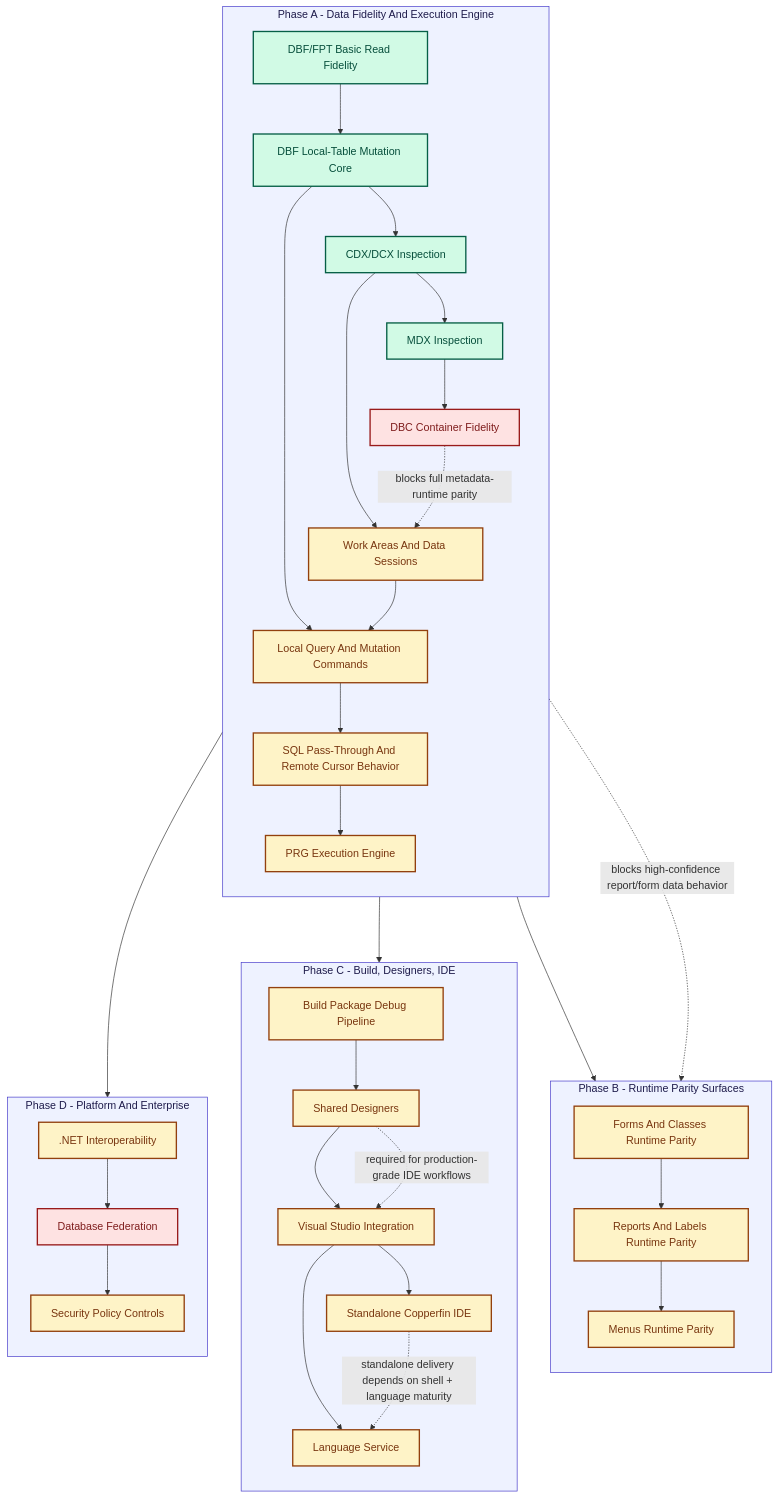
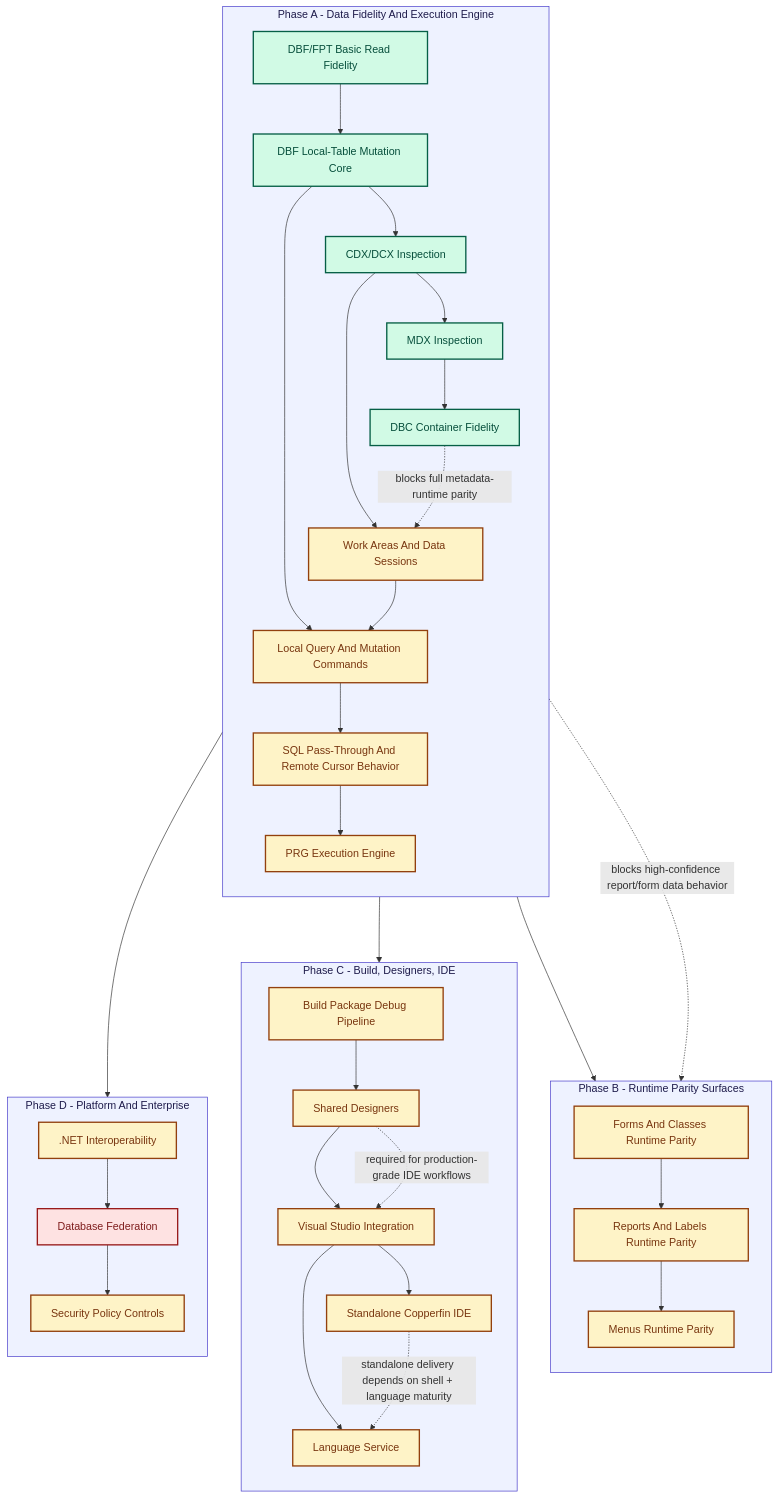
One commit to rhamenator/Project-Copperfin changed the diagram in remaining-work.md. Above: the diagram before and after it, drawn with Mermaid. The commit also changed other lines of this file and 4 other files, not shown here.

````diff
--- a/remaining-work.md
+++ b/remaining-work.md
@@ -53,66 +53,66 @@
 ```mermaid
 flowchart TD
 	classDef done fill:#d1fae5,stroke:#065f46,stroke-width:2px,color:#064e3b;
 	classDef partial fill:#fef3c7,stroke:#92400e,stroke-width:2px,color:#78350f;
 	classDef missing fill:#fee2e2,stroke:#991b1b,stroke-width:2px,color:#7f1d1d;
 	classDef lane fill:#eef2ff,stroke:#4338ca,stroke-width:1px,color:#1e1b4b;
 
 	subgraph P1[Phase A - Data Fidelity And Execution Engine]
 		direction TB
 		A1[DBF/FPT Basic Read Fidelity]
 		A2[DBF Local-Table Mutation Core]
 		A3[CDX/DCX Inspection]
 		A4[MDX Inspection]
 		A5[DBC Container Fidelity]
 		B1[Work Areas And Data Sessions]
 		B2[Local Query And Mutation Commands]
 		B3[SQL Pass-Through And Remote Cursor Behavior]
 		B4[PRG Execution Engine]
 	end
 
 	subgraph P2[Phase B - Runtime Parity Surfaces]
 		direction TB
 		C1[Forms And Classes Runtime Parity]
 		C2[Reports And Labels Runtime Parity]
 		C3[Menus Runtime Parity]
 	end
 
 	subgraph P3[Phase C - Build, Designers, IDE]
 		direction TB
 		D1[Build Package Debug Pipeline]
 		D2[Shared Designers]
 		D3[Visual Studio Integration]
 		D4[Standalone Copperfin IDE]
 		D5[Language Service]
 	end
 
 	subgraph P4[Phase D - Platform And Enterprise]
 		direction TB
 		E1[.NET Interoperability]
 		E2[Database Federation]
 		E3[Security Policy Controls]
 	end
 
 	A1 --> A2 --> A3 --> A4 --> A5
 	A2 --> B2
 	A3 --> B1
 	B1 --> B2 --> B3 --> B4
 
 	B4 --> C1 --> C2 --> C3
 	B4 --> D1 --> D2 --> D3 --> D4
 	D3 --> D5
 	B4 --> E1 --> E2 --> E3
 
 	A5 -. blocks full metadata-runtime parity .-> B1
 	B3 -. blocks high-confidence report/form data behavior .-> C1
 	D2 -. required for production-grade IDE workflows .-> D3
 	D4 -. standalone delivery depends on shell + language maturity .-> D5
 
-	class A1,A2,A3,A4 done;
+	class A1,A2,A3,A4,A5 done;
 
 	class B1,B2,B3,B4,C1,C2,C3,D1,D2,D3,D4,D5,E1,E3 partial;
 
-	class A5,E2 missing;
+	class E2 missing;
 
 	class P1,P2,P3,P4 lane;
 ```
````
